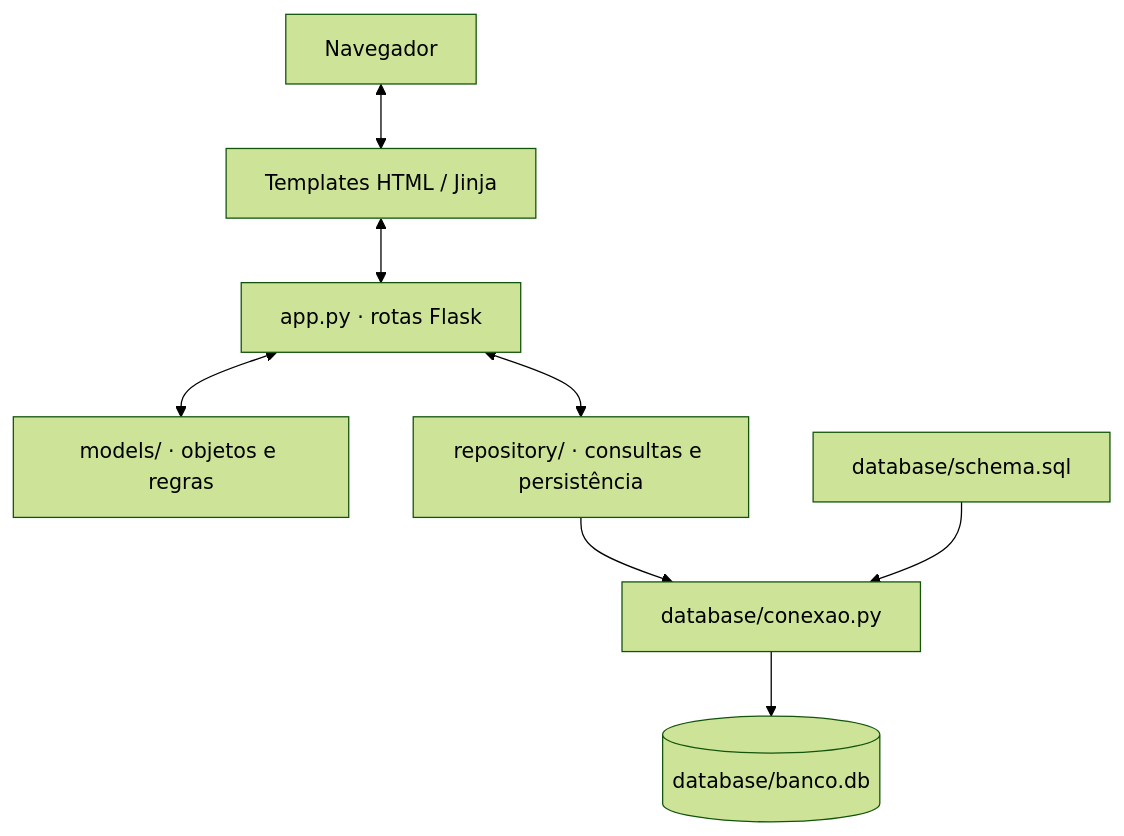
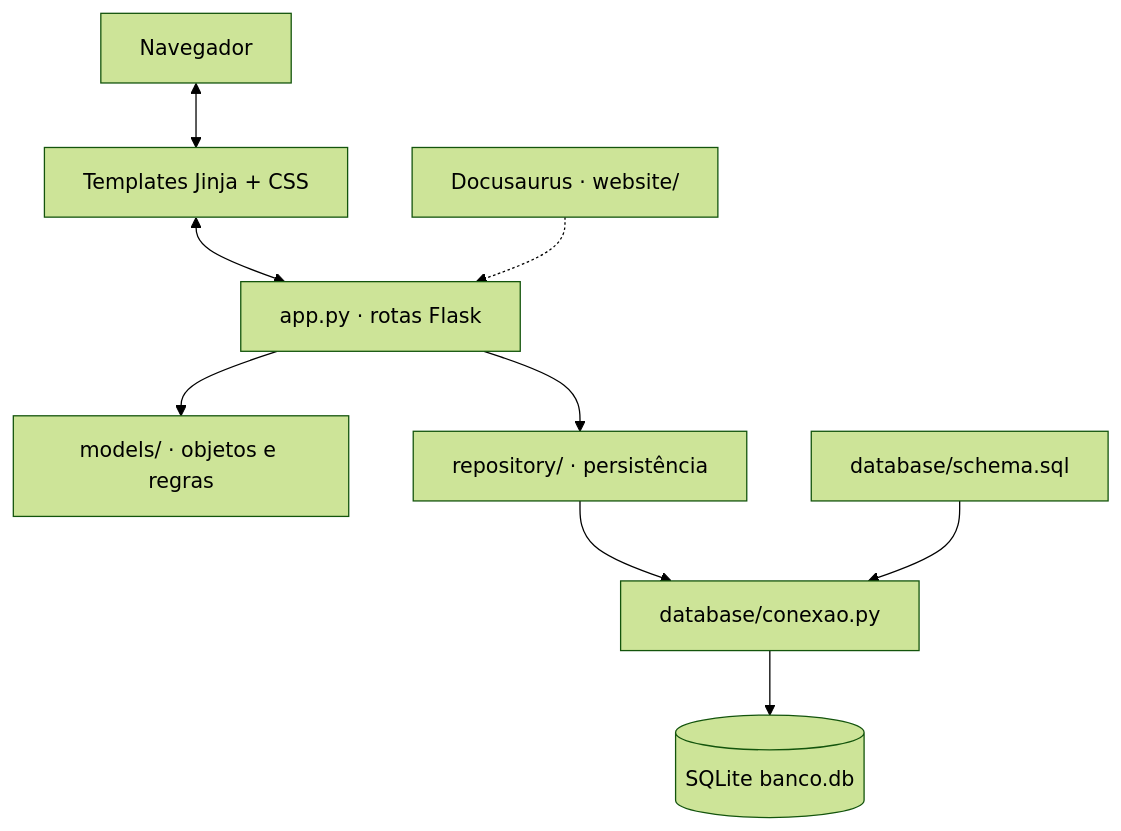
Before and after one commit to nicholasmichelon/project-myflow: the first of 2 diagrams in website/docs/architecture/arquitetura.md, drawn with Mermaid (forest theme). The commit also changed other lines of this file and 39 other files, not shown here.

````diff
--- a/website/docs/architecture/arquitetura.md
+++ b/website/docs/architecture/arquitetura.md
@@ -11,10 +11,11 @@
 ```mermaid
 flowchart TB
-    Browser[Navegador] <--> Templates[Templates HTML / Jinja]
-    Templates <--> Flask[app.py · rotas Flask]
-    Flask <--> Models[models/ · objetos e regras]
-    Flask <--> Repositories[repository/ · consultas e persistência]
-    Repositories --> Connection[database/conexao.py]
-    Connection --> SQLite[(database/banco.db)]
-    Schema[database/schema.sql] --> Connection
+    B[Navegador] <--> T[Templates Jinja + CSS]
+    T <--> A[app.py · rotas Flask]
+    A --> M[models/ · objetos e regras]
+    A --> R[repository/ · persistência]
+    R --> C[database/conexao.py]
+    C --> DB[(SQLite banco.db)]
+    S[database/schema.sql] --> C
+    D[Docusaurus · website/] -.-> A
 ```
````
